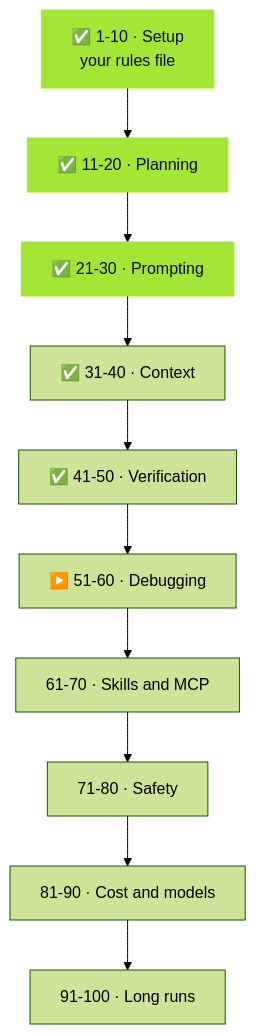
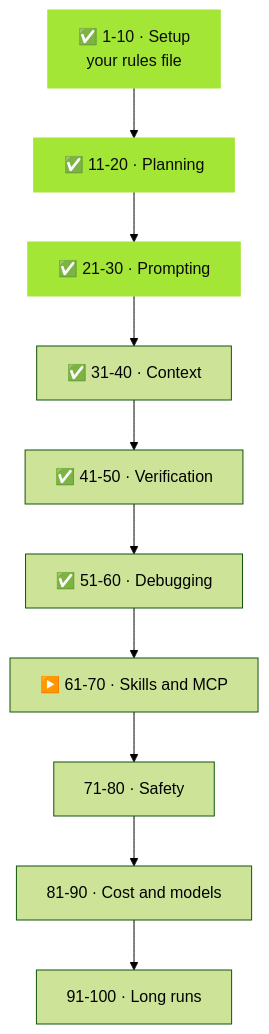
One commit to sebuzdugan/100-tricks-lab changed the second of 2 diagrams in README.md. Above: the diagram before and after it, drawn with Mermaid (forest theme).

Commit message:
Roadmap: module 6 done, module 7 next

````diff
--- a/README.md
+++ b/README.md
@@ -120,8 +120,8 @@
 ```mermaid
 flowchart TB
   M1["✅ 1-10 · Setup<br>your rules file"] --> M2["✅ 11-20 · Planning"] --> M3["✅ 21-30 · Prompting"] --> M4["✅ 31-40 · Context"] --> M5["✅ 41-50 · Verification"]
-  M5 --> M6["▶️ 51-60 · Debugging"] --> M7["61-70 · Skills and MCP"] --> M8["71-80 · Safety"] --> M9["81-90 · Cost and models"] --> M10["91-100 · Long runs"]
+  M5 --> M6["✅ 51-60 · Debugging"] --> M7["▶️ 61-70 · Skills and MCP"] --> M8["71-80 · Safety"] --> M9["81-90 · Cost and models"] --> M10["91-100 · Long runs"]
   style M1 fill:#A3E635,stroke:#A3E635,color:#0B0B0D
   style M2 fill:#A3E635,stroke:#A3E635,color:#0B0B0D
   style M3 fill:#A3E635,stroke:#A3E635,color:#0B0B0D
 ```
````
